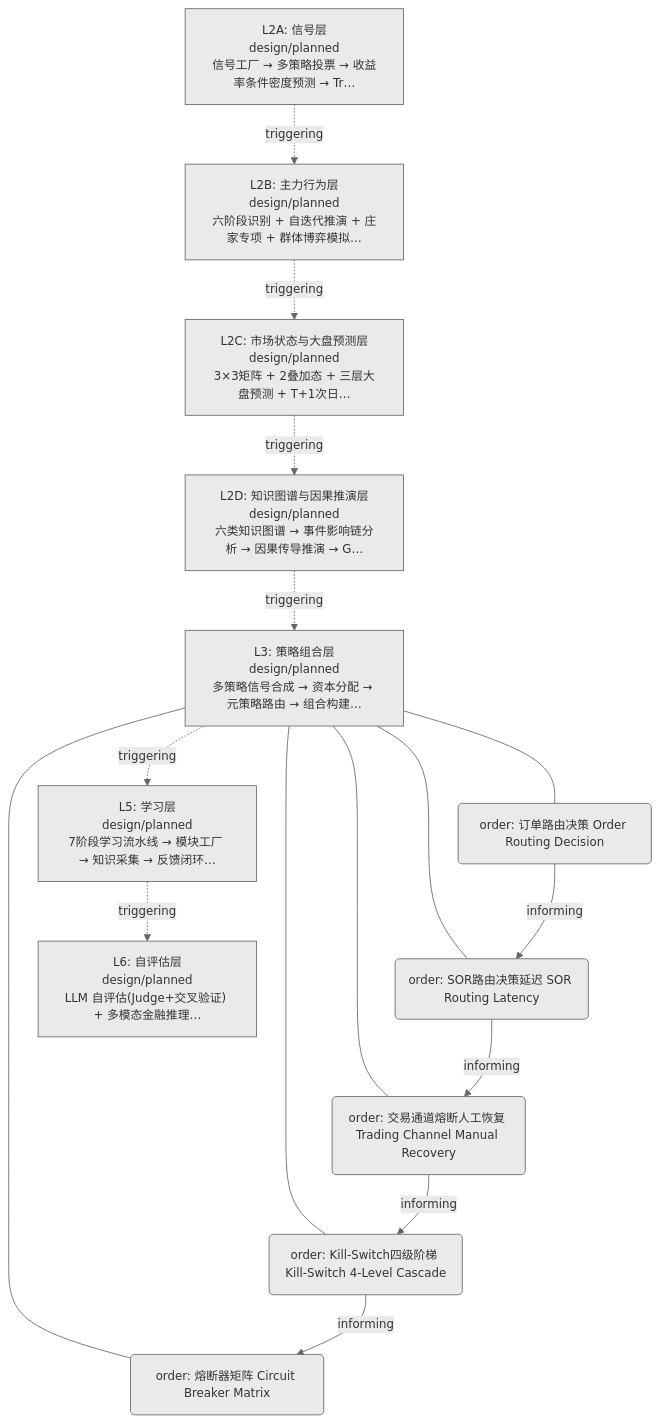
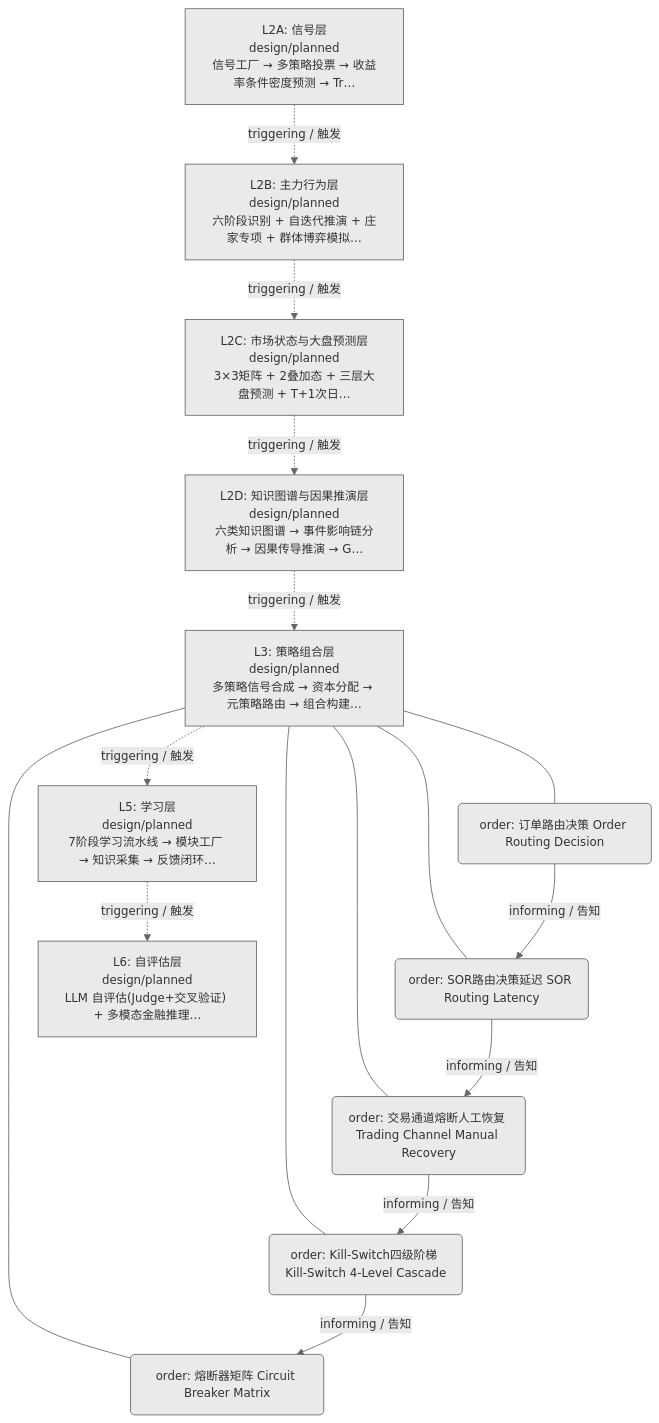
The first of 2 diagrams in docs/02_enterprise_architecture/06_decision_architecture/15_decision_l3_ex_sor.md (xuanFelixVan/ZephyrAlpha), drawn with Mermaid before and after one commit. The commit also changed other lines of this file and 23 other files, not shown here.

First line of the commit message:
feat(decision-diagram): mermaid 边标签加中文（triggering/触发 等）

````diff
--- a/docs/02_enterprise_architecture/06_decision_architecture/15_decision_l3_ex_sor.md
+++ b/docs/02_enterprise_architecture/06_decision_architecture/15_decision_l3_ex_sor.md
@@ -21,31 +21,31 @@
 ```mermaid
 %%{init: {'theme': 'base', 'themeVariables': {'primaryColor': '#eaeaea', 'primaryTextColor': '#333333', 'primaryBorderColor': '#666666', 'lineColor': '#666666', 'secondaryColor': '#eaeaea', 'tertiaryColor': '#eaeaea', 'fontSize': '14px'}}}%%
 flowchart TD
     LL2A["L2A: 信号层<br/>design/planned<br/>信号工厂 → 多策略投票 → 收益率条件密度预测 → Tr…"]
     LL2B["L2B: 主力行为层<br/>design/planned<br/>六阶段识别 + 自迭代推演 + 庄家专项 + 群体博弈模拟…"]
     LL2C["L2C: 市场状态与大盘预测层<br/>design/planned<br/>3×3矩阵 + 2叠加态 + 三层大盘预测 + T+1次日…"]
     LL2D["L2D: 知识图谱与因果推演层<br/>design/planned<br/>六类知识图谱 → 事件影响链分析 → 因果传导推演 → G…"]
     LL3["L3: 策略组合层<br/>design/planned<br/>多策略信号合成 → 资本分配 → 元策略路由 → 组合构建…"]
     N72("order: 订单路由决策 Order Routing Decision")
     LL3 --- N72
     N73("order: SOR路由决策延迟 SOR Routing Latency")
     LL3 --- N73
     N75("order: 交易通道熔断人工恢复 Trading Channel Manual Recovery")
     LL3 --- N75
     N77("order: Kill-Switch四级阶梯 Kill-Switch 4-Level Cascade")
     LL3 --- N77
     N78("order: 熔断器矩阵 Circuit Breaker Matrix")
     LL3 --- N78
     LL5["L5: 学习层<br/>design/planned<br/>7阶段学习流水线 → 模块工厂 → 知识采集 → 反馈闭环…"]
     LL6["L6: 自评估层<br/>design/planned<br/>LLM 自评估(Judge+交叉验证) + 多模态金融推理…"]
-    LL2A -.->|triggering| LL2B
-    LL2B -.->|triggering| LL2C
-    LL2C -.->|triggering| LL2D
-    LL2D -.->|triggering| LL3
-    LL3 -.->|triggering| LL5
-    LL5 -.->|triggering| LL6
-    N72 -->|informing| N73
-    N73 -->|informing| N75
-    N75 -->|informing| N77
-    N77 -->|informing| N78
+    LL2A -.->|triggering / 触发| LL2B
+    LL2B -.->|triggering / 触发| LL2C
+    LL2C -.->|triggering / 触发| LL2D
+    LL2D -.->|triggering / 触发| LL3
+    LL3 -.->|triggering / 触发| LL5
+    LL5 -.->|triggering / 触发| LL6
+    N72 -->|informing / 告知| N73
+    N73 -->|informing / 告知| N75
+    N75 -->|informing / 告知| N77
+    N77 -->|informing / 告知| N78
 ```
````
